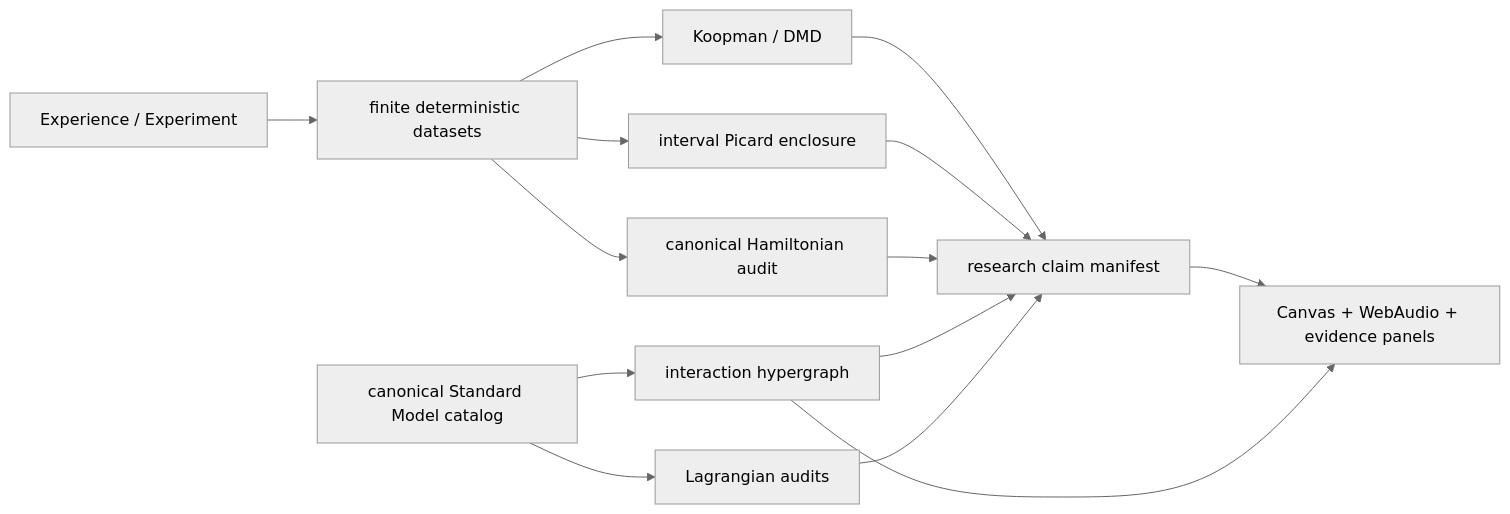
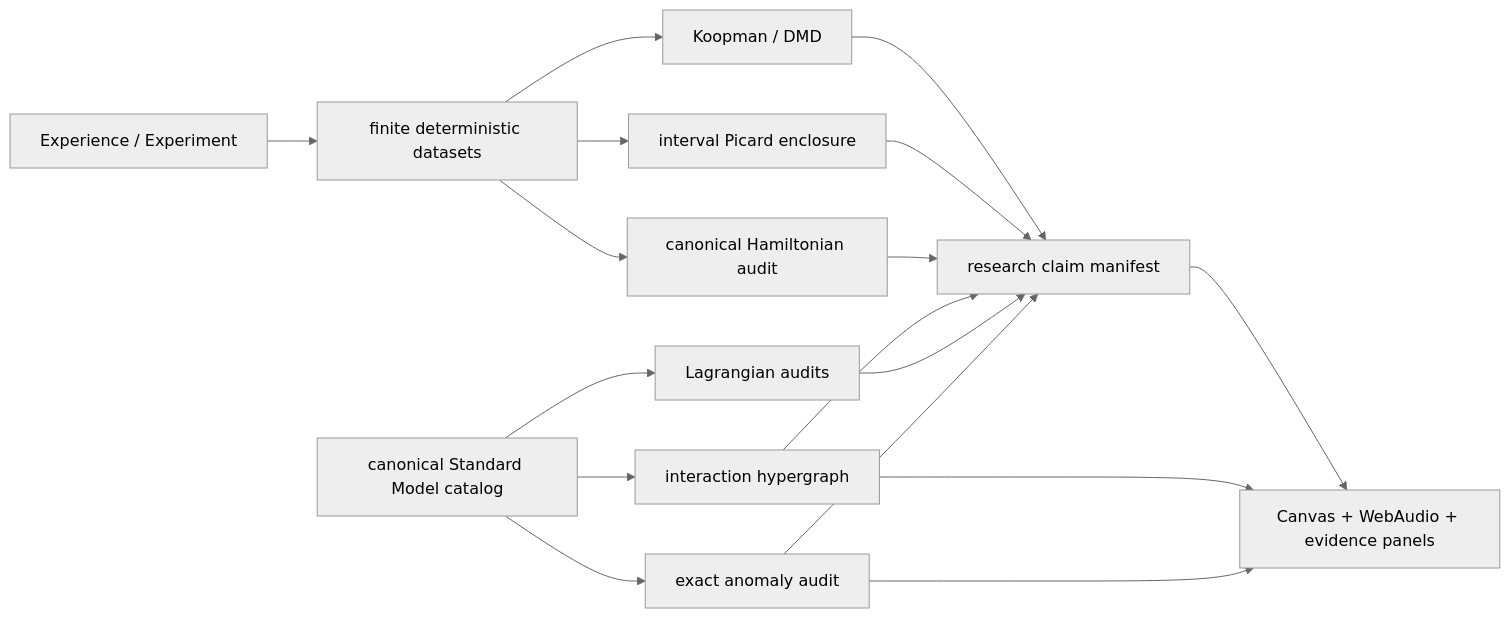
One commit to XioAISolutions/gaugegap-foundry changed the second of 8 diagrams in README.md. Above: the diagram before and after it, drawn with Mermaid (neutral theme). The commit also changed other lines of this file, not shown here.

Commit message:
Make Anomaly Forge visual and interactive in README

````diff
--- a/README.md
+++ b/README.md
@@ -103,16 +108,19 @@
 ```mermaid
 flowchart LR
     MODE["Experience / Experiment"] --> DATA["finite deterministic datasets"]
     SM["canonical Standard Model catalog"] --> GRAPH["interaction hypergraph"]
     SM --> LA["Lagrangian audits"]
+    SM --> AN["exact anomaly audit"]
     DATA --> DMD["Koopman / DMD"]
     DATA --> IV["interval Picard enclosure"]
     DATA --> HAM["canonical Hamiltonian audit"]
     DMD --> MAN["research claim manifest"]
     IV --> MAN
     HAM --> MAN
     GRAPH --> MAN
     LA --> MAN
+    AN --> MAN
     MAN --> UI["Canvas + WebAudio + evidence panels"]
     GRAPH --> UI
+    AN --> UI
 ```
````
